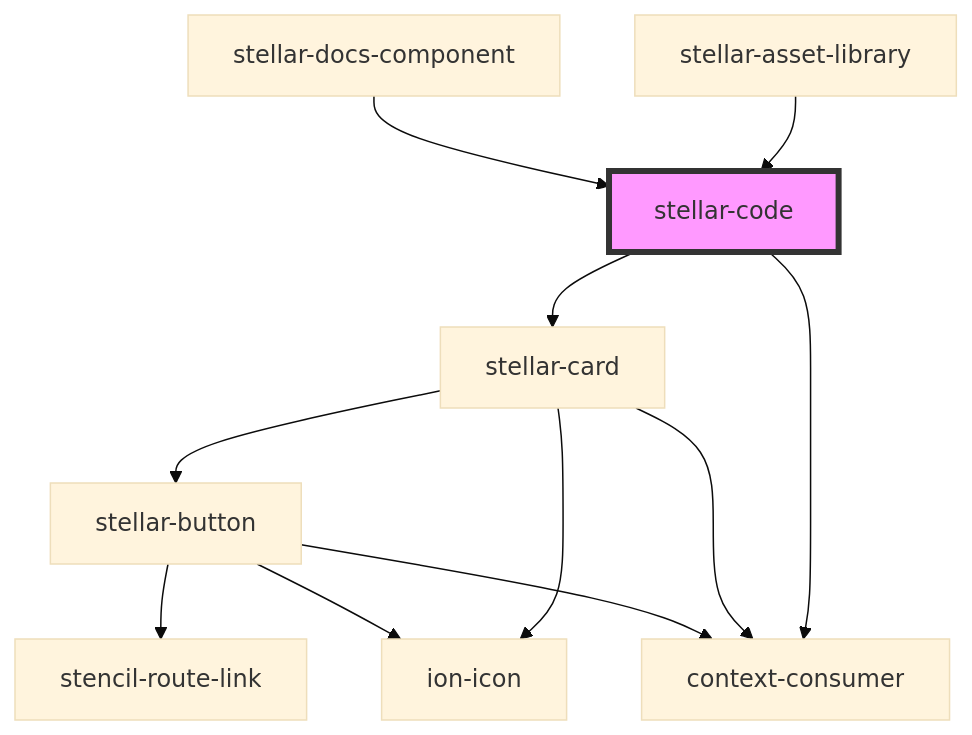
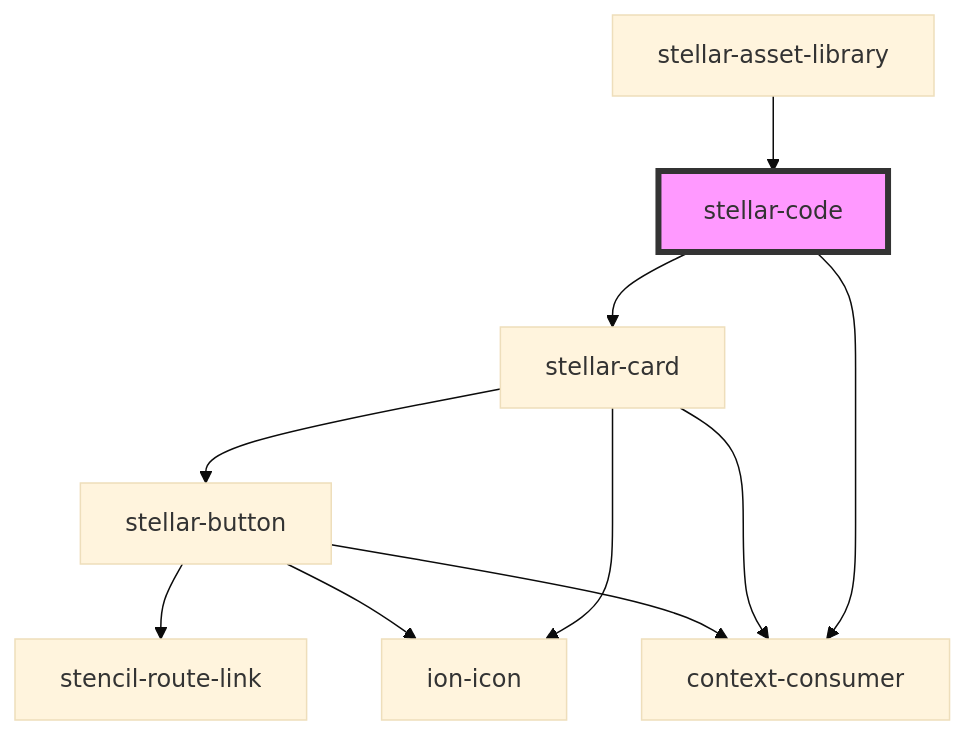
One commit to splitinfinities/Stellar changed the diagram in src/components/helpers/code/readme.md. Above: the diagram before and after it, drawn with Mermaid (base theme). The commit also changed other lines of this file and 58 other files, not shown here.

````diff
--- a/src/components/helpers/code/readme.md
+++ b/src/components/helpers/code/readme.md
@@ -79,14 +78,13 @@
 ```mermaid
 graph TD;
   stellar-code --> stellar-card
   stellar-code --> context-consumer
   stellar-card --> stellar-button
   stellar-card --> ion-icon
   stellar-card --> context-consumer
   stellar-button --> ion-icon
   stellar-button --> stencil-route-link
   stellar-button --> context-consumer
   stellar-asset-library --> stellar-code
-  stellar-docs-component --> stellar-code
   style stellar-code fill:#f9f,stroke:#333,stroke-width:4px
 ```
````
